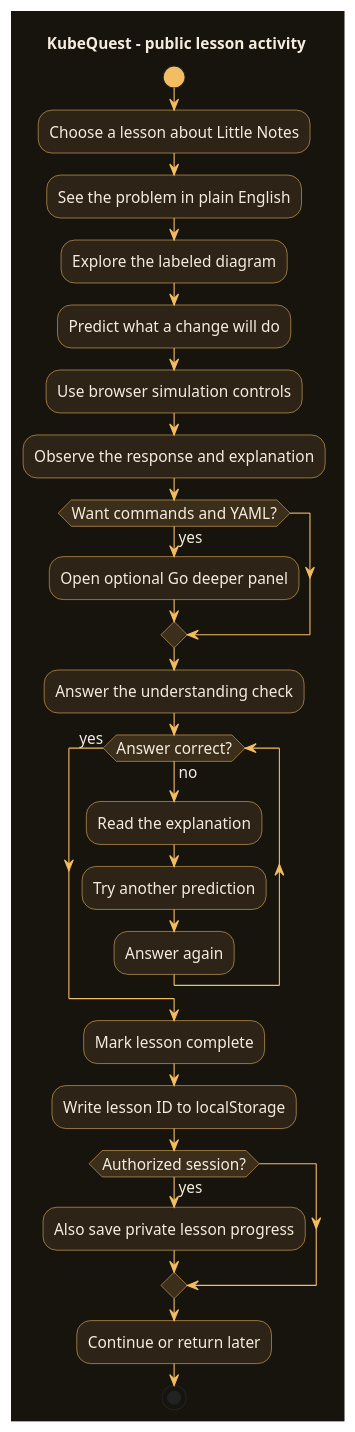
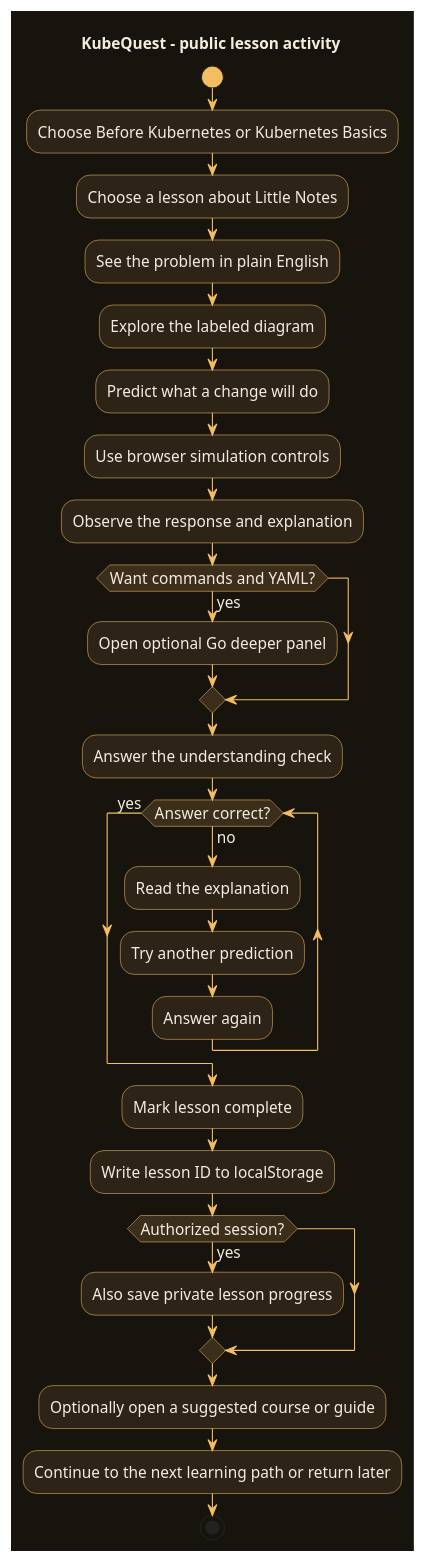
One commit to ramideltoro/kubequest-wiki changed the diagram in diagrams/activity.puml. Above: the diagram before and after it, drawn with PlantUML. The commit also changed 23 other files, not shown here.

```diff
--- a/diagrams/activity.puml
+++ b/diagrams/activity.puml
@@ -1,95 +1,97 @@
 @startuml
 !pragma layout smetana
 skinparam backgroundColor #17130D
 skinparam defaultFontName SansSerif
 skinparam defaultFontSize 14
 skinparam defaultFontColor #F4ECDF
 skinparam shadowing false
 skinparam ArrowColor #F3BD62
 skinparam LineColor #F3BD62
 skinparam BorderColor #F3BD62
 skinparam defaultBackgroundColor #2D2417
 skinparam classBackgroundColor #2D2417
 skinparam classBorderColor #F3BD62
 skinparam classFontColor #F4ECDF
 skinparam componentBackgroundColor #2D2417
 skinparam componentBorderColor #F3BD62
 skinparam componentFontColor #F4ECDF
 skinparam nodeBackgroundColor #2D2417
 skinparam nodeBorderColor #F3BD62
 skinparam nodeFontColor #F4ECDF
 skinparam packageBackgroundColor #2D2417
 skinparam packageBorderColor #F3BD62
 skinparam packageFontColor #F4ECDF
 skinparam rectangleBackgroundColor #2D2417
 skinparam rectangleBorderColor #F3BD62
 skinparam rectangleFontColor #F4ECDF
 skinparam databaseBackgroundColor #2D2417
 skinparam databaseBorderColor #F3BD62
 skinparam databaseFontColor #F4ECDF
 skinparam cloudBackgroundColor #2D2417
 skinparam cloudBorderColor #F3BD62
 skinparam cloudFontColor #F4ECDF
 skinparam artifactBackgroundColor #2D2417
 skinparam artifactBorderColor #F3BD62
 skinparam artifactFontColor #F4ECDF
 skinparam objectBackgroundColor #2D2417
 skinparam objectBorderColor #F3BD62
 skinparam objectFontColor #F4ECDF
 skinparam stateBackgroundColor #2D2417
 skinparam stateBorderColor #F3BD62
 skinparam stateFontColor #F4ECDF
 skinparam activityBackgroundColor #2D2417
 skinparam activityBorderColor #F3BD62
 skinparam activityFontColor #F4ECDF
 skinparam actorBackgroundColor #2D2417
 skinparam actorBorderColor #F3BD62
 skinparam actorFontColor #F4ECDF
 skinparam usecaseBackgroundColor #2D2417
 skinparam usecaseBorderColor #F3BD62
 skinparam usecaseFontColor #F4ECDF
 skinparam interfaceBackgroundColor #2D2417
 skinparam interfaceBorderColor #F3BD62
 skinparam interfaceFontColor #F4ECDF
 skinparam participantBackgroundColor #2D2417
 skinparam participantBorderColor #F3BD62
 skinparam participantFontColor #F4ECDF
 skinparam classAttributeIconSize 0
 skinparam NoteBackgroundColor #3B2E1A
 skinparam NoteBorderColor #BB9658
 skinparam NoteFontColor #F4ECDF
 skinparam sequenceLifeLineBorderColor #BB9658
 skinparam sequenceLifeLineBackgroundColor #221C13
 skinparam sequenceGroupBackgroundColor #221C13
 skinparam sequenceGroupHeaderFontColor #F4ECDF
 skinparam sequenceGroupBodyBackgroundColor #221C13
 skinparam sequenceDividerBackgroundColor #2D2417
 skinparam sequenceDividerFontColor #F4ECDF
 skinparam activityDiamondBackgroundColor #3B2E1A
 skinparam activityStartColor #F3BD62
 skinparam activityEndColor #F3BD62
 title KubeQuest - public lesson activity
 start
+:Choose Before Kubernetes or Kubernetes Basics;
 :Choose a lesson about Little Notes;
 :See the problem in plain English;
 :Explore the labeled diagram;
 :Predict what a change will do;
 :Use browser simulation controls;
 :Observe the response and explanation;
 if (Want commands and YAML?) then (yes)
  :Open optional Go deeper panel;
 endif
 :Answer the understanding check;
 while (Answer correct?) is (no)
  :Read the explanation;
  :Try another prediction;
  :Answer again;
 endwhile (yes)
 :Mark lesson complete;
 :Write lesson ID to localStorage;
 if (Authorized session?) then (yes)
  :Also save private lesson progress;
 endif
-:Continue or return later;
+:Optionally open a suggested course or guide;
+:Continue to the next learning path or return later;
 stop
 @enduml
```
